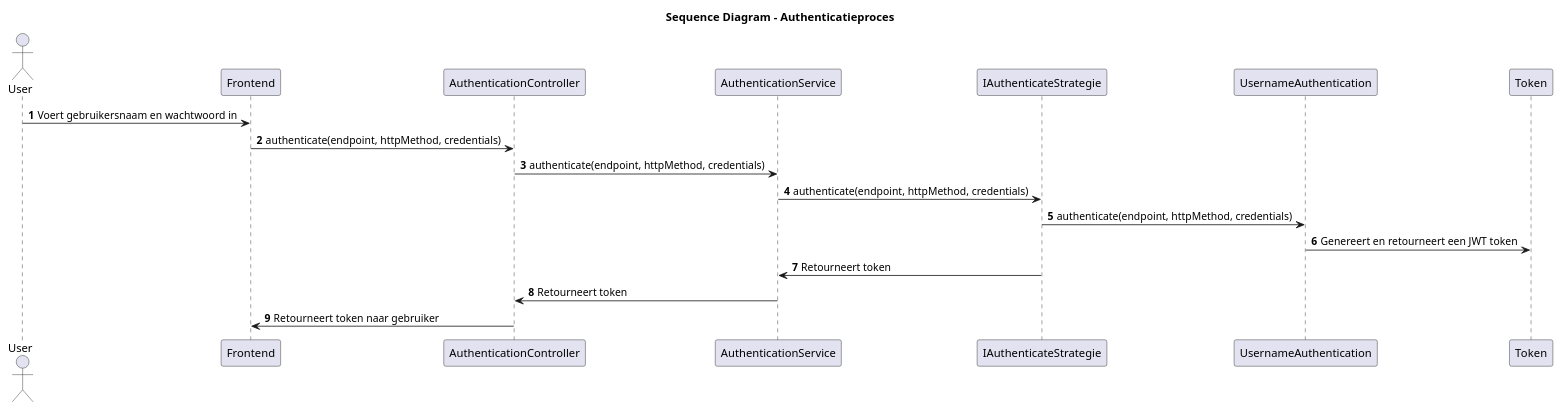
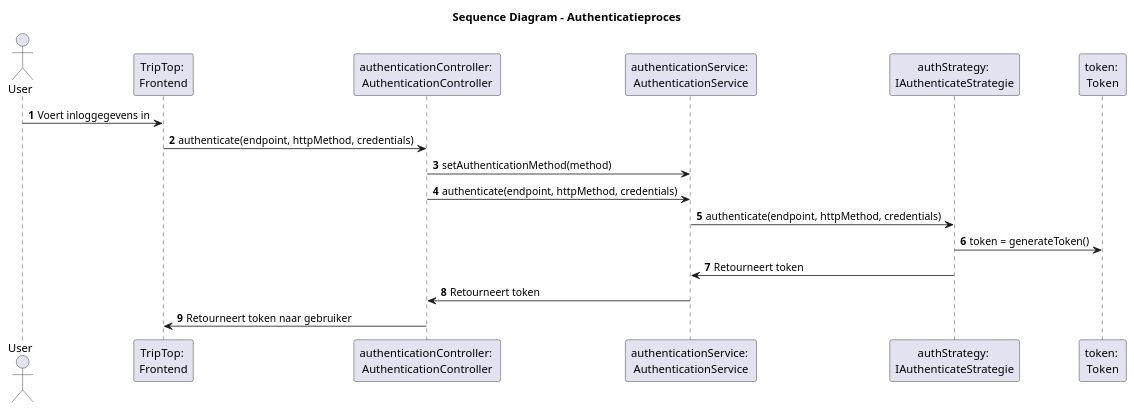
Before and after one commit to AIM-ENE-feb25/triptop-peak-performers-groep-1: the diagram in opdracht-diagrammen/C4-Diagrammen/C4-SequenceDiagramMischa.puml, drawn with PlantUML. The commit also changed 5 other files, not shown here.

Commit message:
Sequence diagram aangepast

```diff
--- a/opdracht-diagrammen/C4-Diagrammen/C4-SequenceDiagramMischa.puml
+++ b/opdracht-diagrammen/C4-Diagrammen/C4-SequenceDiagramMischa.puml
@@ -1,24 +1,23 @@
 @startuml
 
 title Sequence Diagram - Authenticatieproces
 
 autonumber
 actor User
-participant "Frontend" as Frontend
-participant "AuthenticationController" as AuthenticationController
-participant "AuthenticationService" as AuthenticationService
-participant "IAuthenticateStrategie" as IAuthenticateStrategie
-participant "UsernameAuthentication" as UsernameAuthentication
-participant "Token" as Token
+participant "TripTop: \nFrontend" as Frontend
+participant "authenticationController: \nAuthenticationController" as AuthenticationController
+participant "authenticationService: \nAuthenticationService" as AuthenticationService
+participant "authStrategy: \nIAuthenticateStrategie" as AuthStrategy
+participant "token: \nToken" as Token
 
-User -> Frontend: Voert gebruikersnaam en wachtwoord in
+User -> Frontend: Voert inloggegevens in
 Frontend -> AuthenticationController: authenticate(endpoint, httpMethod, credentials)
+AuthenticationController -> AuthenticationService: setAuthenticationMethod(method)
 AuthenticationController -> AuthenticationService: authenticate(endpoint, httpMethod, credentials)
-AuthenticationService -> IAuthenticateStrategie: authenticate(endpoint, httpMethod, credentials)
-IAuthenticateStrategie -> UsernameAuthentication: authenticate(endpoint, httpMethod, credentials)
-UsernameAuthentication -> Token: Genereert en retourneert een JWT token
-IAuthenticateStrategie -> AuthenticationService: Retourneert token
+AuthenticationService -> AuthStrategy: authenticate(endpoint, httpMethod, credentials)
+AuthStrategy -> Token: token = generateToken()
+AuthStrategy -> AuthenticationService: Retourneert token
 AuthenticationService -> AuthenticationController: Retourneert token
 AuthenticationController -> Frontend: Retourneert token naar gebruiker
 
 @enduml
```
